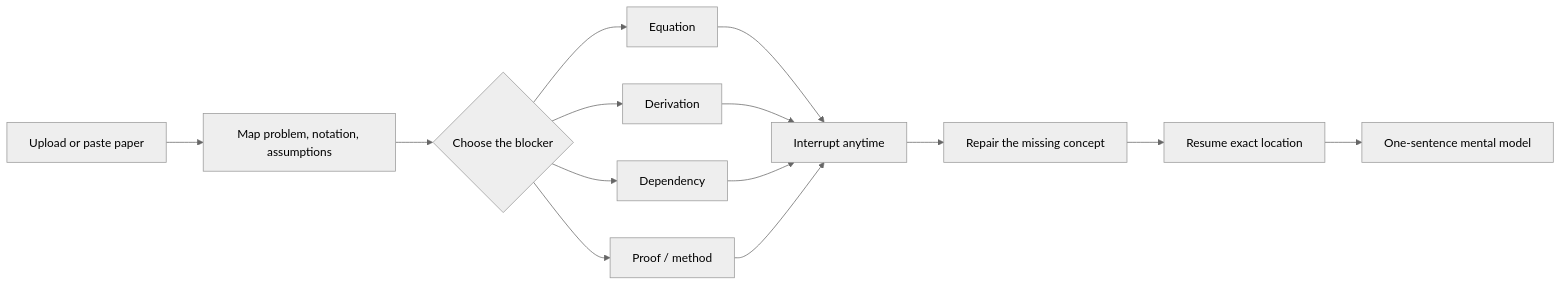
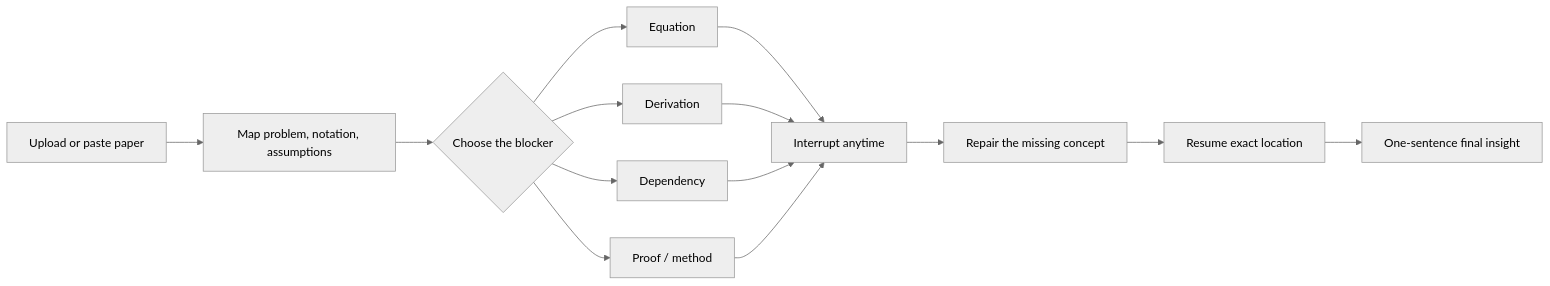
The diagram in README.md (ShinyJay2/PaperMentor), drawn with Mermaid (neutral theme) before and after one commit. The commit also changed other lines of this file and 12 other files, not shown here.

First line of the commit message:
Rename mental model outputs to final insight

````diff
--- a/README.md
+++ b/README.md
@@ -41,16 +41,16 @@
 ```mermaid
 flowchart LR
   A["Upload or paste paper"] --> B["Map problem, notation, assumptions"]
   B --> C{"Choose the blocker"}
   C --> D["Equation"]
   C --> E["Derivation"]
   C --> F["Dependency"]
   C --> G["Proof / method"]
   D --> H["Interrupt anytime"]
   E --> H
   F --> H
   G --> H
   H --> I["Repair the missing concept"]
   I --> J["Resume exact location"]
-  J --> K["One-sentence mental model"]
+  J --> K["One-sentence final insight"]
 ```
````
